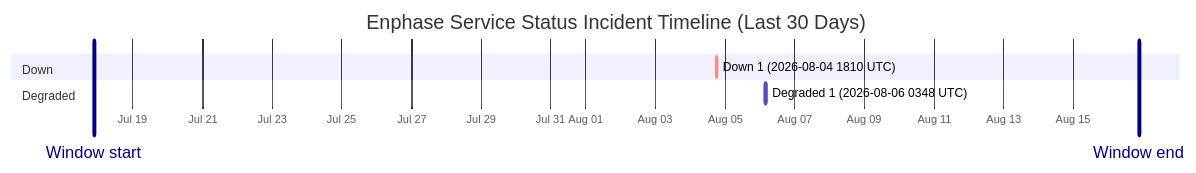
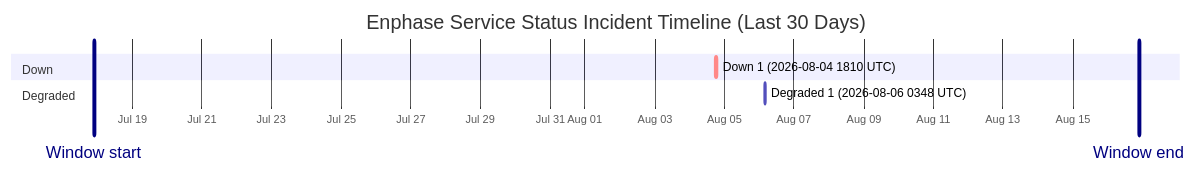
The diagram in wiki/Service-Status-History.md (barneyonline/ha-enphase-energy), drawn with Mermaid before and after one commit. The commit also changed other lines of this file and 3 other files, not shown here.

````diff
--- a/wiki/Service-Status-History.md
+++ b/wiki/Service-Status-History.md
@@ -14,12 +14,12 @@
 ```mermaid
 gantt
     title Enphase Service Status Incident Timeline (Last 30 Days)
     dateFormat  YYYY-MM-DDTHH:mm:ss
     axisFormat  %b %d
-    Window start :vert, window-start, 2026-07-17T21:17:54, 0ms
-    Window end :vert, window-end, 2026-08-16T21:17:54, 0ms
+    Window start :vert, window-start, 2026-07-17T21:43:53, 0ms
+    Window end :vert, window-end, 2026-08-16T21:43:53, 0ms
     section Down
     Down 1 (2026-08-04 1810 UTC) :crit, down-1, 2026-08-04T18:10:46, 60m
     section Degraded
     Degraded 1 (2026-08-06 0348 UTC) :active, degraded-1, 2026-08-06T03:48:14, 60m
 ```
````
